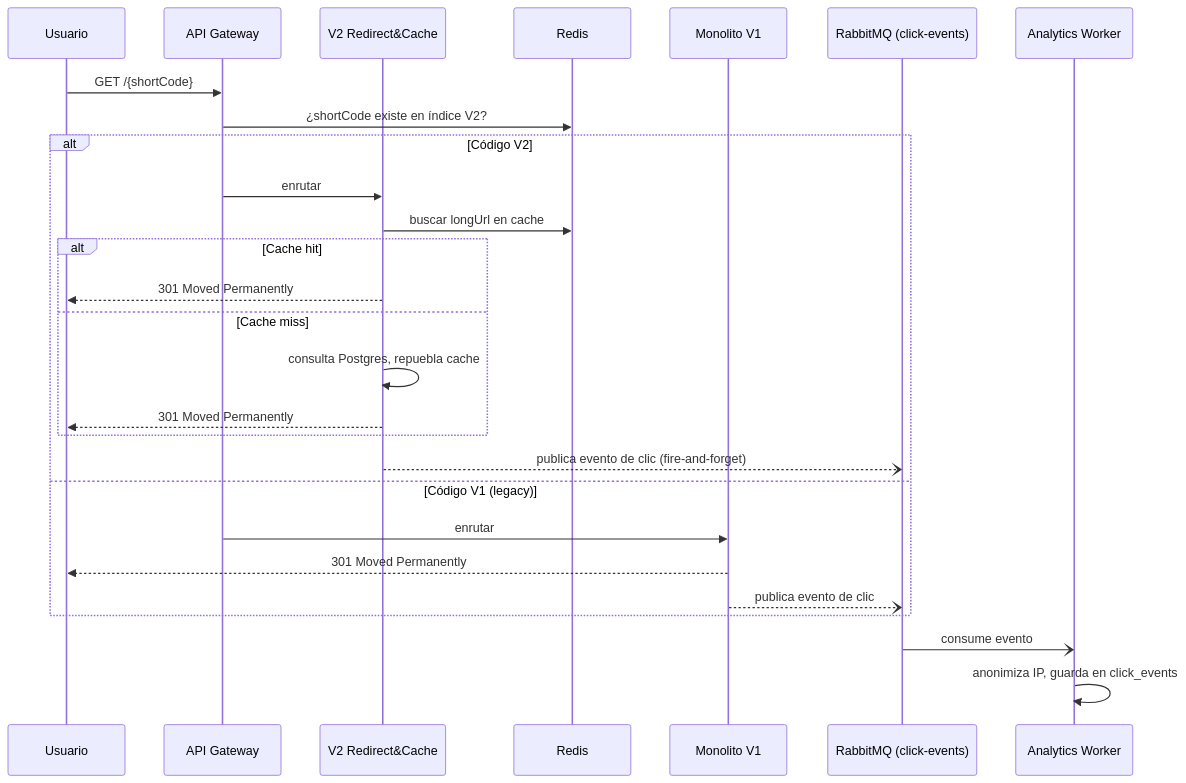
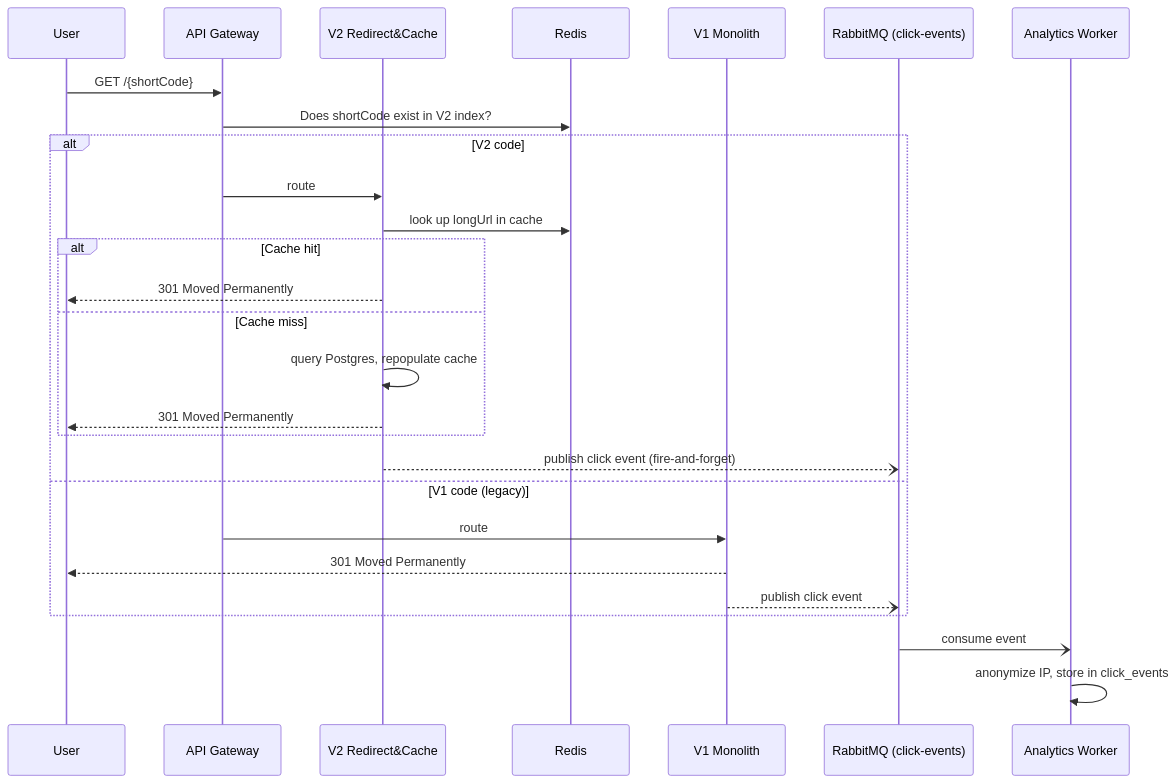
The diagram in ARCHITECTURE.md (arturomendezarg/urlshortener), drawn with Mermaid before and after one commit. The commit also changed other lines of this file, not shown here.

````diff
--- a/ARCHITECTURE.md
+++ b/ARCHITECTURE.md
@@ -63,30 +63,30 @@
 ```mermaid
 sequenceDiagram
-    participant U as Usuario
+    participant U as User
     participant GW as API Gateway
     participant R2 as V2 Redirect&Cache
     participant Redis
-    participant V1 as Monolito V1
+    participant V1 as V1 Monolith
     participant Q as RabbitMQ (click-events)
     participant AW as Analytics Worker
 
     U->>GW: GET /{shortCode}
-    GW->>Redis: ¿shortCode existe en índice V2?
-    alt Código V2
-        GW->>R2: enrutar
-        R2->>Redis: buscar longUrl en cache
+    GW->>Redis: Does shortCode exist in V2 index?
+    alt V2 code
+        GW->>R2: route
+        R2->>Redis: look up longUrl in cache
         alt Cache hit
             R2-->>U: 301 Moved Permanently
         else Cache miss
-            R2->>R2: consulta Postgres, repuebla cache
+            R2->>R2: query Postgres, repopulate cache
             R2-->>U: 301 Moved Permanently
         end
-        R2--)Q: publica evento de clic (fire-and-forget)
-    else Código V1 (legacy)
-        GW->>V1: enrutar
+        R2--)Q: publish click event (fire-and-forget)
+    else V1 code (legacy)
+        GW->>V1: route
         V1-->>U: 301 Moved Permanently
-        V1--)Q: publica evento de clic
+        V1--)Q: publish click event
     end
-    Q-)AW: consume evento
-    AW->>AW: anonimiza IP, guarda en click_events
+    Q-)AW: consume event
+    AW->>AW: anonymize IP, store in click_events
 ```
````
